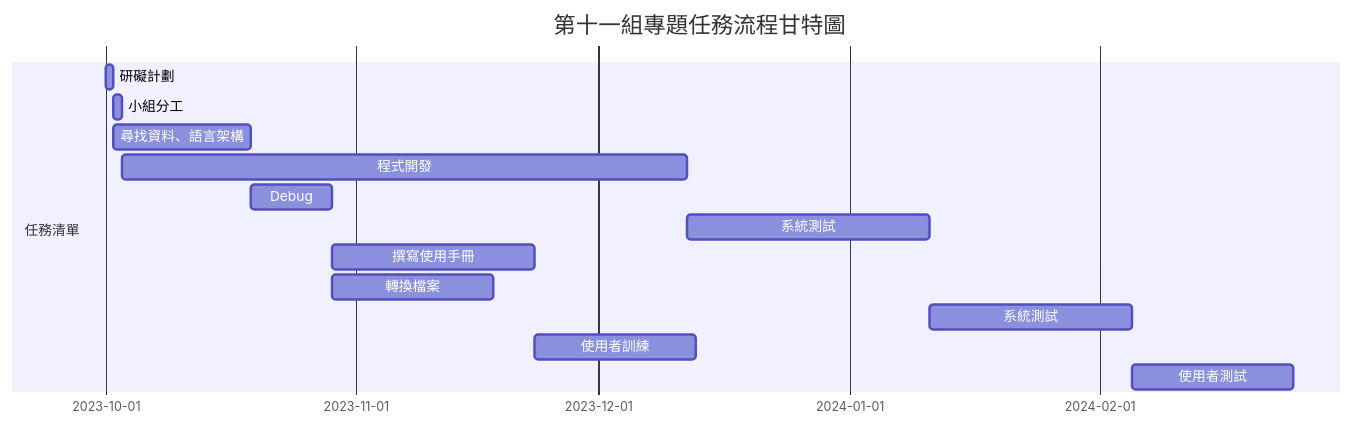
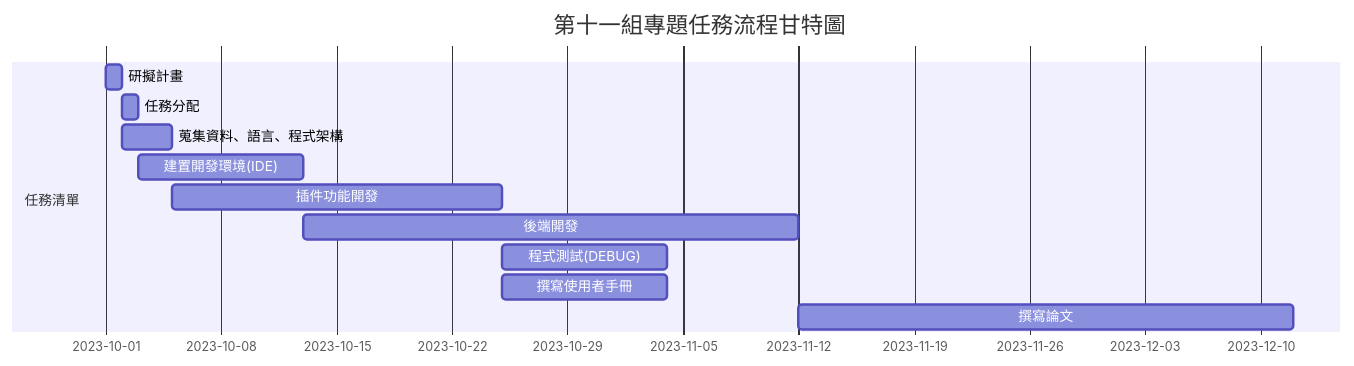
One commit to MITC110118132/No.11 changed the diagram in README.md. Above: the diagram before and after it, drawn with Mermaid. The commit also changed other lines of this file, not shown here.

````diff
--- a/README.md
+++ b/README.md
@@ -4,17 +4,15 @@
 ```mermaid
 gantt
     title 第十一組專題任務流程甘特圖
 
     section 任務清單
-    研礙計劃           :a1, 2023-10-01, 1d
-    小組分工          :a2, after a1  , 1d
-    尋找資料、語言架構           :a3, after a1  , 17d
-    程式開發           :a4, after a2  , 70d
-    Debug           :a5, after a3  , 10d
-    系統測試      :a6, after a4  , 30d
-    撰寫使用手冊        :a7, after a5  , 25d
-    轉換檔案           :a8, after a5  , 20d
-    系統測試           :a9, after a6  , 25d
-    使用者訓練         :a10, after a7  , 20d
-    使用者測試         :a11, after a9  , 20d
+    研擬計畫           :a1, 2023-10-01, 1d
+    任務分配          :a2, after a1  , 1d
+    蒐集資料、語言、程式架構           :a3, after a1  , 3d
+    建置開發環境(IDE)           :a4, after a2  , 10d
+    插件功能開發           :a5, after a3  , 20d
+    後端開發      :a6, after a4  , 30d
+    程式測試(DEBUG)        :a7, after a5  , 10d
+    撰寫使用者手冊           :a8, after a5  , 10d
+    撰寫論文           :a9, after a6  , 30d
 ```
````
